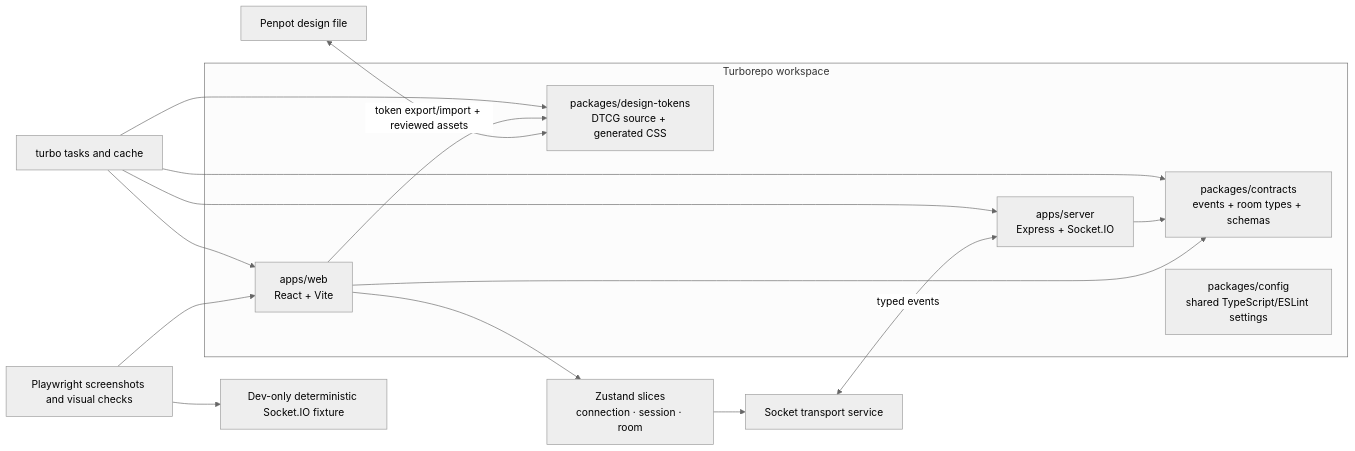
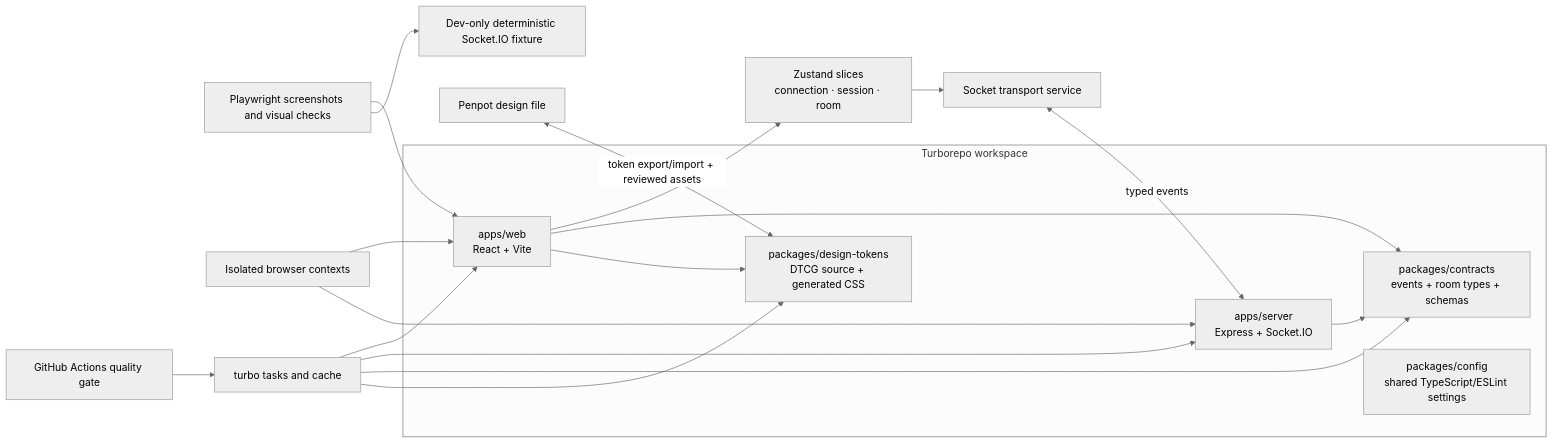
The third of 3 diagrams in docs/architecture.md (kereszteszsolt/planning-poker), drawn with Mermaid (neutral theme) before and after one commit. The commit also changed other lines of this file and 28 other files, not shown here.

````diff
--- a/docs/architecture.md
+++ b/docs/architecture.md
@@ -126,24 +126,27 @@
 ```mermaid
 flowchart LR
     subgraph Monorepo[Turborepo workspace]
       WEB[apps/web\nReact + Vite]
       API[apps/server\nExpress + Socket.IO]
       CONTRACTS[packages/contracts\nevents + room types + schemas]
       TOKENS[packages/design-tokens\nDTCG source + generated CSS]
       CONFIG[packages/config\nshared TypeScript/ESLint settings]
     end
 
     PENPOT[Penpot design file] <-->|token export/import + reviewed assets| TOKENS
     WEB --> STORE[Zustand slices\nconnection · session · room]
     STORE --> TRANSPORT[Socket transport service]
     TRANSPORT <-->|typed events| API
     WEB --> CONTRACTS
     API --> CONTRACTS
     WEB --> TOKENS
     PLAYWRIGHT[Playwright screenshots and visual checks] --> WEB
     PLAYWRIGHT --> FIXTURE[Dev-only deterministic Socket.IO fixture]
+    E2E[Isolated browser contexts] --> WEB
+    E2E --> API
+    CI[GitHub Actions quality gate] --> TURBO
     TURBO[turbo tasks and cache] --> WEB
     TURBO --> API
     TURBO --> CONTRACTS
     TURBO --> TOKENS
 ```
````
